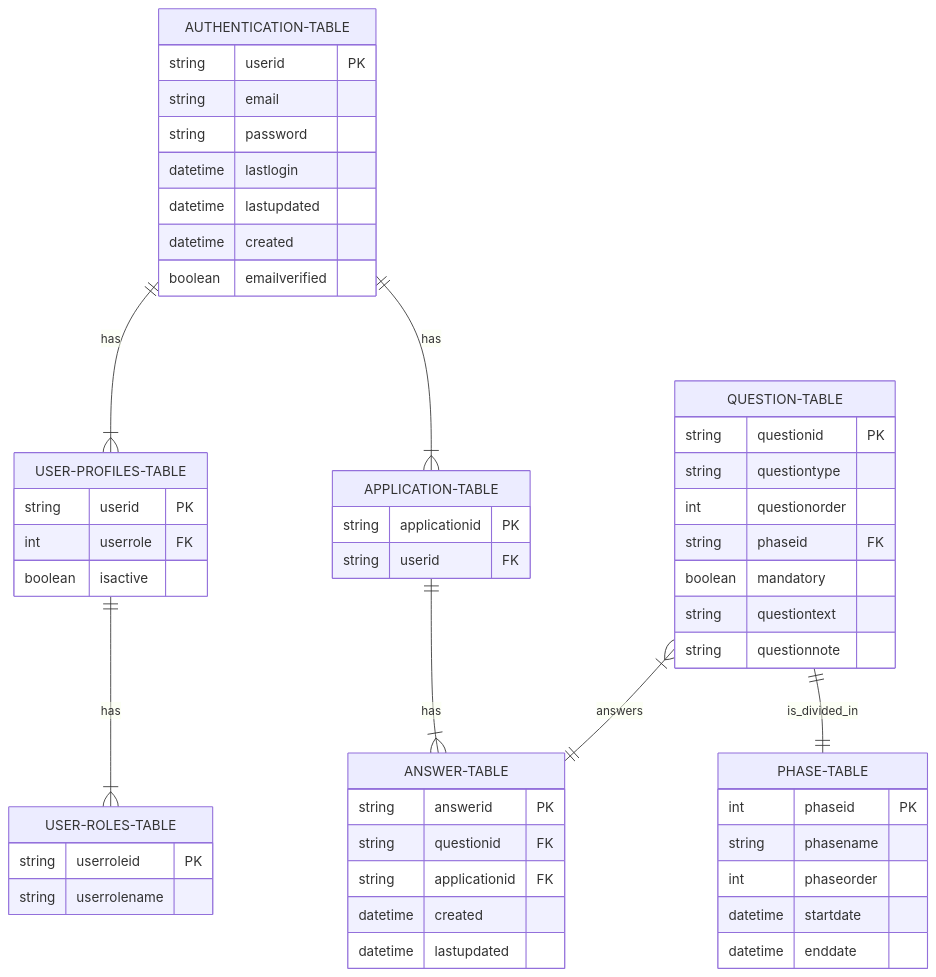
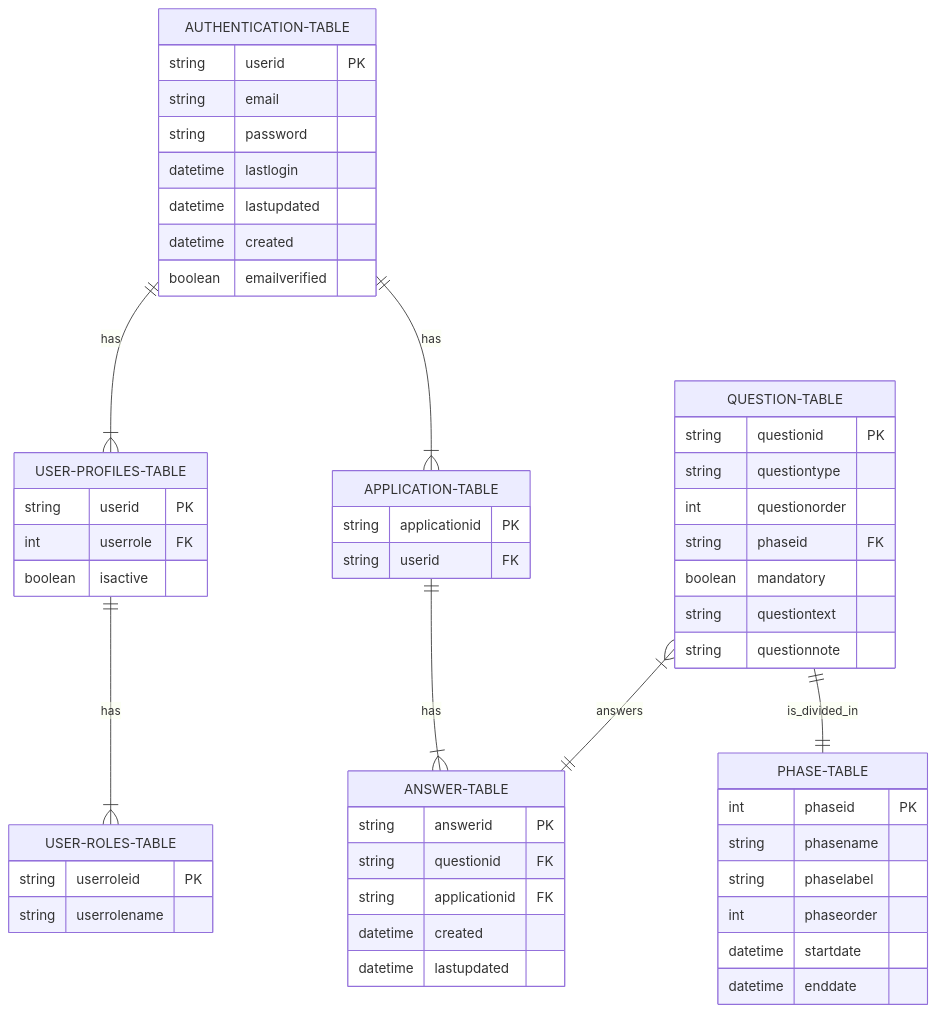
Before and after one commit to Interperle/application-platform: the first of 3 diagrams in backend/README.md, drawn with Mermaid. The commit also changed 3 other files, not shown here.

````diff
--- a/backend/README.md
+++ b/backend/README.md
@@ -6,62 +6,63 @@
 ```mermaid
 erDiagram
     AUTHENTICATION-TABLE ||--|{ APPLICATION-TABLE : has
     AUTHENTICATION-TABLE ||--|{ USER-PROFILES-TABLE : has
     USER-PROFILES-TABLE ||--|{ USER-ROLES-TABLE : has
     APPLICATION-TABLE ||--|{ ANSWER-TABLE : has
     QUESTION-TABLE ||--|| PHASE-TABLE : is_divided_in
     QUESTION-TABLE }|--|| ANSWER-TABLE : answers
 
     %% default Supabase Authentication Table
     AUTHENTICATION-TABLE {
         string userid PK
         string email
         string password
         datetime lastlogin
         datetime lastupdated
         datetime created
         boolean emailverified
     }
     
     USER-PROFILES-TABLE {
         string userid PK
         int userrole FK
         boolean isactive
     }
 
     USER-ROLES-TABLE {
         string userroleid PK
         string userrolename
     }
 
     APPLICATION-TABLE {
         string applicationid PK
         string userid FK
     }
 
     PHASE-TABLE {
         int phaseid PK
         string phasename
+        string phaselabel
         int phaseorder
         datetime startdate
         datetime enddate
     }
 
     QUESTION-TABLE {
         string questionid PK
         string questiontype
         int questionorder
         string phaseid FK
         boolean mandatory
         string questiontext
         string questionnote
     }
 
     ANSWER-TABLE {
         string answerid PK
         string questionid FK
         string applicationid FK
         datetime created
         datetime lastupdated
     }
 ```
````
